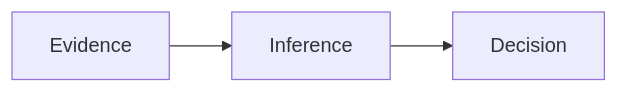
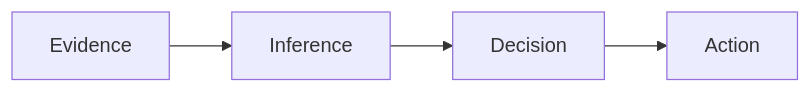
One commit to wenchiangh/blogs changed the second of 3 diagrams in aget-knowledge-recovery.md. Above: the diagram before and after it, drawn with Mermaid. The commit also changed other lines of this file, not shown here.

````diff
--- a/aget-knowledge-recovery.md
+++ b/aget-knowledge-recovery.md
@@ -229,6 +88,6 @@
 ```mermaid
 flowchart LR
-
-A[Evidence] --> B[Inference]
-B --> C[Decision]
+    A[Evidence] --> B[Inference]
+    B --> C[Decision]
+    C --> D[Action]
 ```
````
